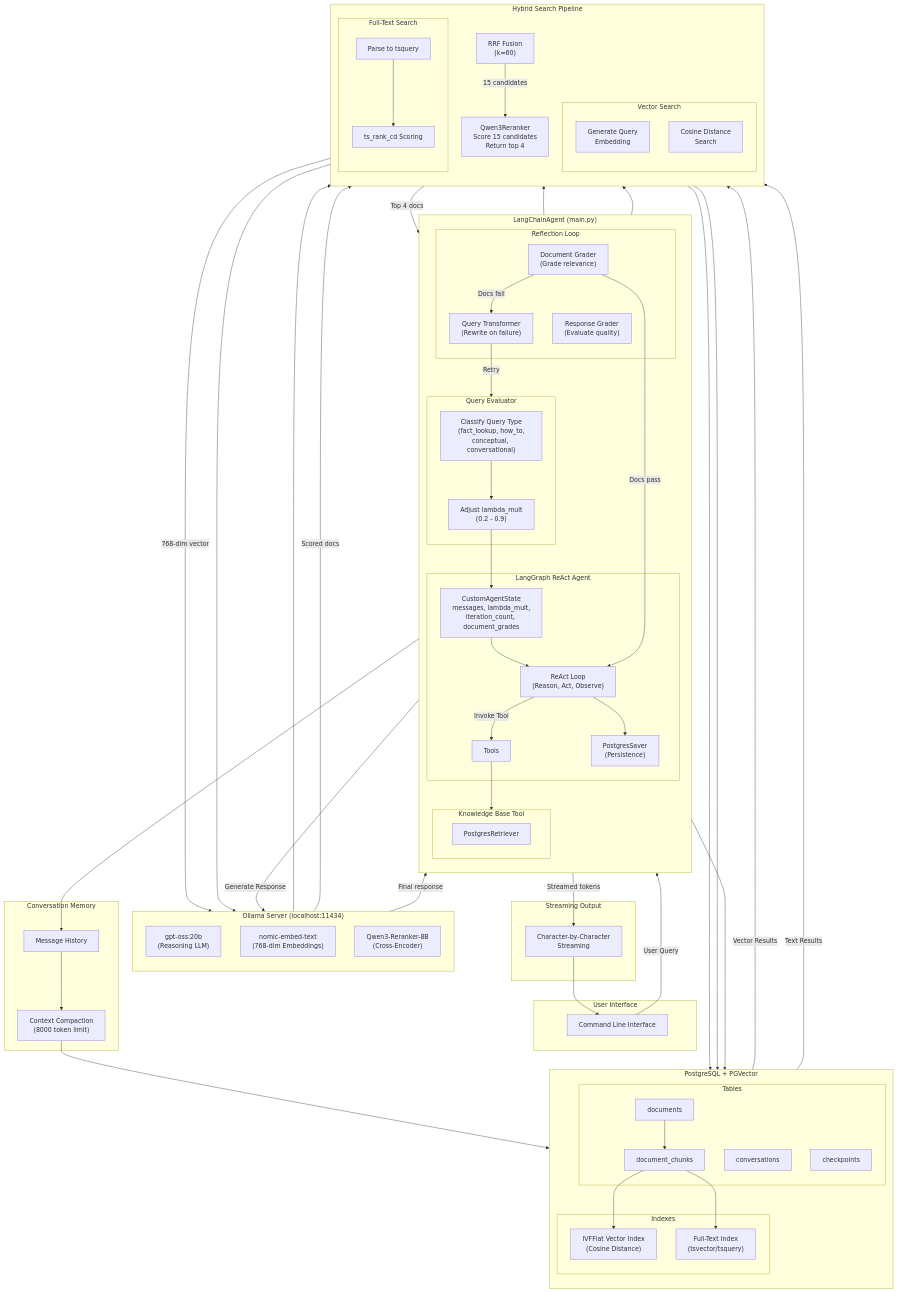
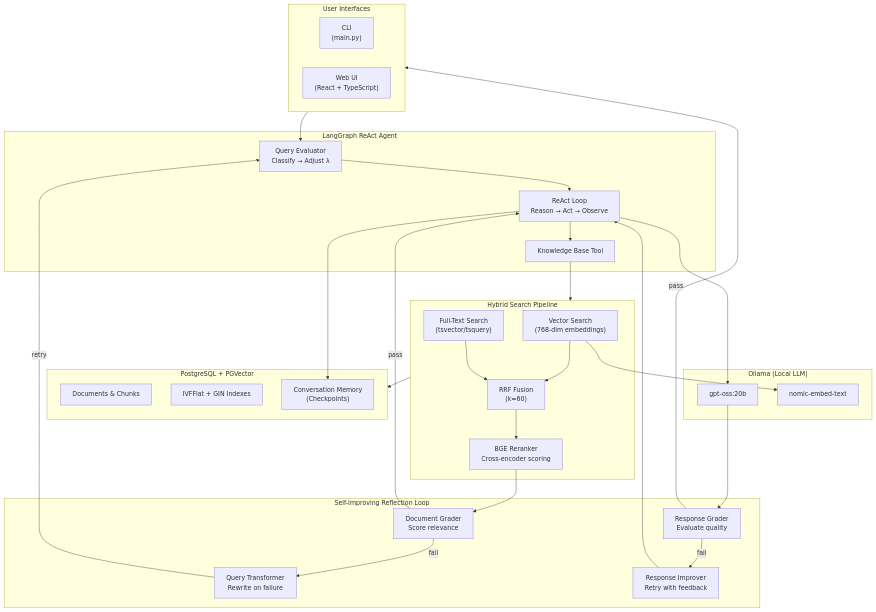
The first of 3 diagrams in README.md (agileresearchservices/rusty-compass), drawn with Mermaid before and after one commit. The commit also changed other lines of this file and 3 other files, not shown here.

First line of the commit message:
Update documentation with mermaid diagrams and comprehensive tech summary

````diff
--- a/README.md
+++ b/README.md
@@ -23,130 +27,58 @@
 ```mermaid
 flowchart TB
-    subgraph User["User Interface"]
-        CLI[Command Line Interface]
+    subgraph UI["User Interfaces"]
+        CLI["CLI<br/>(main.py)"]
+        WEB["Web UI<br/>(React + TypeScript)"]
     end
 
-    subgraph Ollama["Ollama Server (localhost:11434)"]
-        direction TB
-        LLM["gpt-oss:20b<br/>(Reasoning LLM)"]
-        EMB["nomic-embed-text<br/>(768-dim Embeddings)"]
-        RERANK["Qwen3-Reranker-8B<br/>(Cross-Encoder)"]
+    subgraph Agent["LangGraph ReAct Agent"]
+        QE["Query Evaluator<br/>Classify → Adjust λ"]
+        REACT["ReAct Loop<br/>Reason → Act → Observe"]
+        TOOLS["Knowledge Base Tool"]
     end
 
-    subgraph PostgreSQL["PostgreSQL + PGVector"]
-        direction TB
-        subgraph Tables["Tables"]
-            DOCS[documents]
-            CHUNKS[document_chunks]
-            CONVOS[conversations]
-            CHECKPOINTS[checkpoints]
-        end
-        subgraph Indexes["Indexes"]
-            IVFFLAT["IVFFlat Vector Index<br/>(Cosine Distance)"]
-            TSVECTOR["Full-Text Index<br/>(tsvector/tsquery)"]
-        end
+    subgraph Reflection["Self-Improving Reflection Loop"]
+        DG["Document Grader<br/>Score relevance"]
+        QT["Query Transformer<br/>Rewrite on failure"]
+        RG["Response Grader<br/>Evaluate quality"]
+        RI["Response Improver<br/>Retry with feedback"]
     end
 
-    subgraph LangChainAgent["LangChainAgent (main.py)"]
-        direction TB
-
-        subgraph QueryEval["Query Evaluator"]
-            QE_CLASSIFY["Classify Query Type<br/>(fact_lookup, how_to,<br/>conceptual, conversational)"]
-            QE_LAMBDA["Adjust lambda_mult<br/>(0.2 - 0.9)"]
-        end
-
-        subgraph LangGraph["LangGraph ReAct Agent"]
-            STATE["CustomAgentState<br/>messages, lambda_mult,<br/>iteration_count, document_grades"]
-            REACT["ReAct Loop<br/>(Reason, Act, Observe)"]
-            TOOLS["Tools"]
-            CHECKPOINT["PostgresSaver<br/>(Persistence)"]
-        end
-
-        subgraph Reflection["Reflection Loop"]
-            DOC_GRADER["Document Grader<br/>(Grade relevance)"]
-            QUERY_TRANS["Query Transformer<br/>(Rewrite on failure)"]
-            RESP_GRADER["Response Grader<br/>(Evaluate quality)"]
-        end
-
-        subgraph KBTool["Knowledge Base Tool"]
-            direction LR
-            RETRIEVER["PostgresRetriever"]
-        end
+    subgraph Search["Hybrid Search Pipeline"]
+        VS["Vector Search<br/>(768-dim embeddings)"]
+        TS["Full-Text Search<br/>(tsvector/tsquery)"]
+        RRF["RRF Fusion<br/>(k=60)"]
+        RERANK["BGE Reranker<br/>Cross-encoder scoring"]
     end
 
-    subgraph SearchPipeline["Hybrid Search Pipeline"]
-        direction TB
-
-        subgraph VectorSearch["Vector Search"]
-            VS_EMBED["Generate Query<br/>Embedding"]
-            VS_QUERY["Cosine Distance<br/>Search"]
-        end
-
-        subgraph TextSearch["Full-Text Search"]
-            TS_PARSE["Parse to tsquery"]
-            TS_RANK["ts_rank_cd Scoring"]
-        end
-
-        RRF["RRF Fusion<br/>(k=60)"]
-        RERANKER["Qwen3Reranker<br/>Score 15 candidates<br/>Return top 4"]
+    subgraph Storage["PostgreSQL + PGVector"]
+        DOCS["Documents & Chunks"]
+        IDX["IVFFlat + GIN Indexes"]
+        MEM["Conversation Memory<br/>(Checkpoints)"]
     end
 
-    subgraph Memory["Conversation Memory"]
-        HISTORY["Message History"]
-        COMPACT["Context Compaction<br/>(8000 token limit)"]
+    subgraph Ollama["Ollama (Local LLM)"]
+        LLM["gpt-oss:20b"]
+        EMB["nomic-embed-text"]
     end
 
-    subgraph Output["Streaming Output"]
-        STREAM["Character-by-Character<br/>Streaming"]
-    end
-
-    %% Main Flow
-    CLI --> |"User Query"| QueryEval
-    QE_CLASSIFY --> QE_LAMBDA
-    QE_LAMBDA --> STATE
-
-    STATE --> REACT
-    REACT --> |"Invoke Tool"| TOOLS
-    TOOLS --> KBTool
-
-    %% Search Flow
-    RETRIEVER --> VS_EMBED
-    VS_EMBED --> |"768-dim vector"| EMB
-    EMB --> VS_QUERY
-    VS_QUERY --> IVFFLAT
-
-    RETRIEVER --> TS_PARSE
-    TS_PARSE --> TS_RANK
-    TS_RANK --> TSVECTOR
-
-    IVFFLAT --> |"Vector Results"| RRF
-    TSVECTOR --> |"Text Results"| RRF
-
-    RRF --> |"15 candidates"| RERANKER
-    RERANKER --> RERANK
-    RERANK --> |"Scored docs"| RERANKER
-    RERANKER --> |"Top 4 docs"| DOC_GRADER
-
-    %% Reflection Flow
-    DOC_GRADER --> |"Docs pass"| REACT
-    DOC_GRADER --> |"Docs fail"| QUERY_TRANS
-    QUERY_TRANS --> |"Retry"| QueryEval
-
-    %% LLM Reasoning
-    REACT --> |"Generate Response"| LLM
-    LLM --> |"Final response"| RESP_GRADER
-    RESP_GRADER --> |"Streamed tokens"| STREAM
-    STREAM --> CLI
-
-    %% Persistence
-    REACT --> CHECKPOINT
-    CHECKPOINT --> CHECKPOINTS
-    REACT --> HISTORY
-    HISTORY --> COMPACT
-    COMPACT --> CONVOS
-
-    %% Data Storage
-    CHUNKS --> IVFFLAT
-    CHUNKS --> TSVECTOR
-    DOCS --> CHUNKS
+    UI --> QE
+    QE --> REACT
+    REACT --> TOOLS
+    TOOLS --> Search
+    VS --> RRF
+    TS --> RRF
+    RRF --> RERANK
+    RERANK --> DG
+    DG -->|pass| REACT
+    DG -->|fail| QT
+    QT -->|retry| QE
+    REACT --> LLM
+    LLM --> RG
+    RG -->|pass| UI
+    RG -->|fail| RI
+    RI --> REACT
+    Search --> Storage
+    REACT --> MEM
+    VS --> EMB
 ```
````
